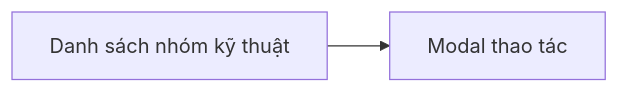
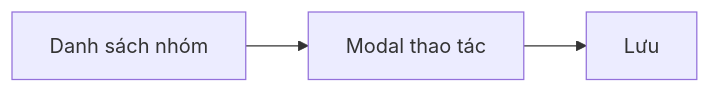
Before and after one commit to ldphu410/Analyze: the diagram in Result/modules/quan-ly-nhom-ky-thuat.md, drawn with Mermaid. The commit also changed other lines of this file and 64 other files, not shown here.

````diff
--- a/Result/modules/quan-ly-nhom-ky-thuat.md
+++ b/Result/modules/quan-ly-nhom-ky-thuat.md
@@ -66,4 +61,5 @@
 ```mermaid
 flowchart LR
-  List[Danh sách nhóm kỹ thuật] --> Modal[Modal thao tác]
+  List[Danh sách nhóm] --> Modal[Modal thao tác]
+  Modal --> Save[Lưu]
 ```
````
